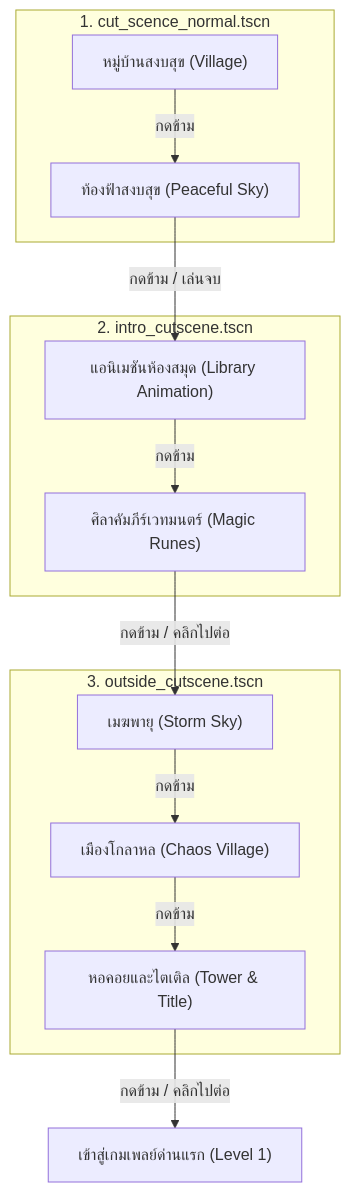
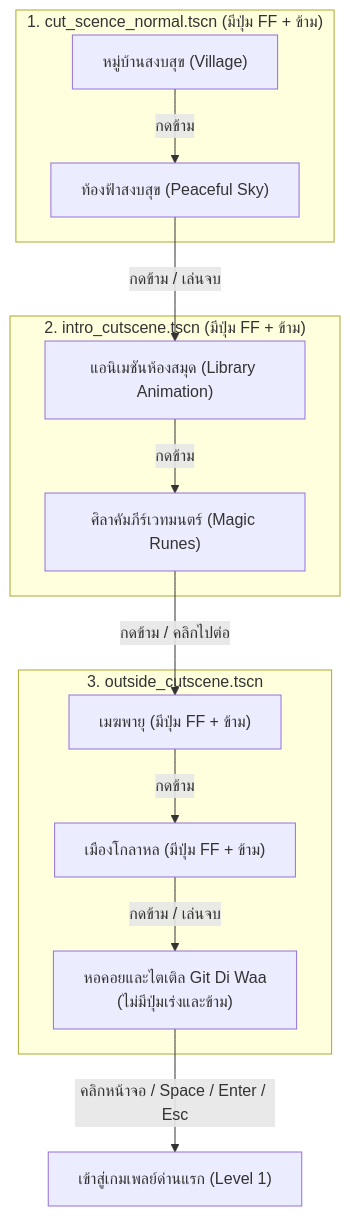
The diagram in docs/cutscene-controls.md (PetchAuisui/Demo-Game-Git-Diwaa), drawn with Mermaid before and after one commit. The commit also changed other lines of this file and 1 other file, not shown here.

Commit message:
fix(cutscene): แก้ปุ่มข้ามให้ข้ามเฉพาะฉากย่อยตามลำดับ ป้องกันการตัดจบ และคงปุ่มเร่งสปีดไว้ตลอดเวลา

````diff
--- a/docs/cutscene-controls.md
+++ b/docs/cutscene-controls.md
@@ -78,19 +78,19 @@
 ```mermaid
 flowchart TD
-    subgraph S1["1. cut_scence_normal.tscn"]
+    subgraph S1["1. cut_scence_normal.tscn (มีปุ่ม FF + ข้าม)"]
         N1["หมู่บ้านสงบสุข (Village)"] -->|"กดข้าม"| N2["ท้องฟ้าสงบสุข (Peaceful Sky)"]
     end
     
-    subgraph S2["2. intro_cutscene.tscn"]
+    subgraph S2["2. intro_cutscene.tscn (มีปุ่ม FF + ข้าม)"]
         I1["แอนิเมชันห้องสมุด (Library Animation)"] -->|"กดข้าม"| I2["ศิลาคัมภีร์เวทมนตร์ (Magic Runes)"]
     end
     
     subgraph S3["3. outside_cutscene.tscn"]
-        O1["เมฆพายุ (Storm Sky)"] -->|"กดข้าม"| O2["เมืองโกลาหล (Chaos Village)"]
-        O2 -->|"กดข้าม"| O3["หอคอยและไตเติล (Tower & Title)"]
+        O1["เมฆพายุ (มีปุ่ม FF + ข้าม)"] -->|"กดข้าม"| O2["เมืองโกลาหล (มีปุ่ม FF + ข้าม)"]
+        O2 -->|"กดข้าม / เล่นจบ"| O3["หอคอยและไตเติล Git Di Waa\n(ไม่มีปุ่มเร่งและข้าม)"]
     end
     
     N2 -->|"กดข้าม / เล่นจบ"| I1
     I2 -->|"กดข้าม / คลิกไปต่อ"| O1
-    O3 -->|"กดข้าม / คลิกไปต่อ"| Game["เข้าสู่เกมเพลย์ด่านแรก (Level 1)"]
+    O3 -->|"คลิกหน้าจอ / Space / Enter / Esc"| Game["เข้าสู่เกมเพลย์ด่านแรก (Level 1)"]
 ```
````
